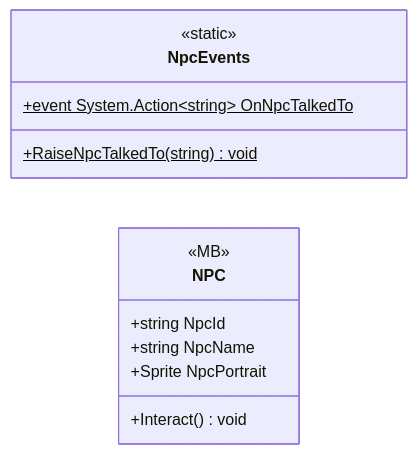
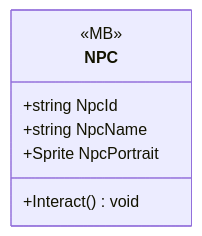
The diagram in docs/uml/modules/Gameplay_Entities_NPCs.md (PhumipatWave/project-ocean), drawn with Mermaid before and after one commit. The commit also changed other lines of this file and 191 other files, not shown here.

````diff
--- a/docs/uml/modules/Gameplay_Entities_NPCs.md
+++ b/docs/uml/modules/Gameplay_Entities_NPCs.md
@@ -7,16 +7,11 @@
 ```mermaid
 classDiagram
   direction LR
-  class NpcEvents {
-    <<static>>
-    +event System.Action~string~ OnNpcTalkedTo$
-    +RaiseNpcTalkedTo(string)$ void
-  }
   class NPC {
     <<MB>>
     +string NpcId
     +string NpcName
     +Sprite NpcPortrait
     +Interact() void
   }
 ```
````
